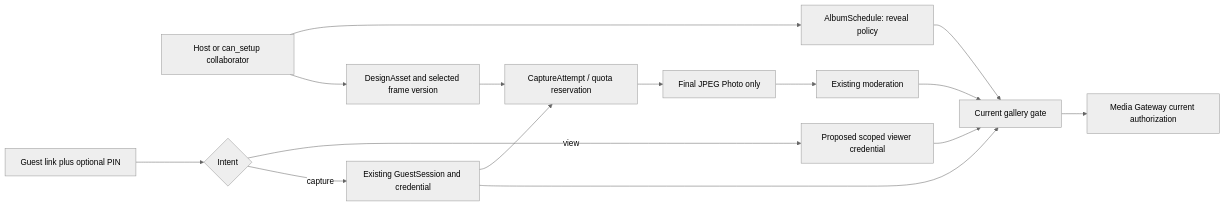
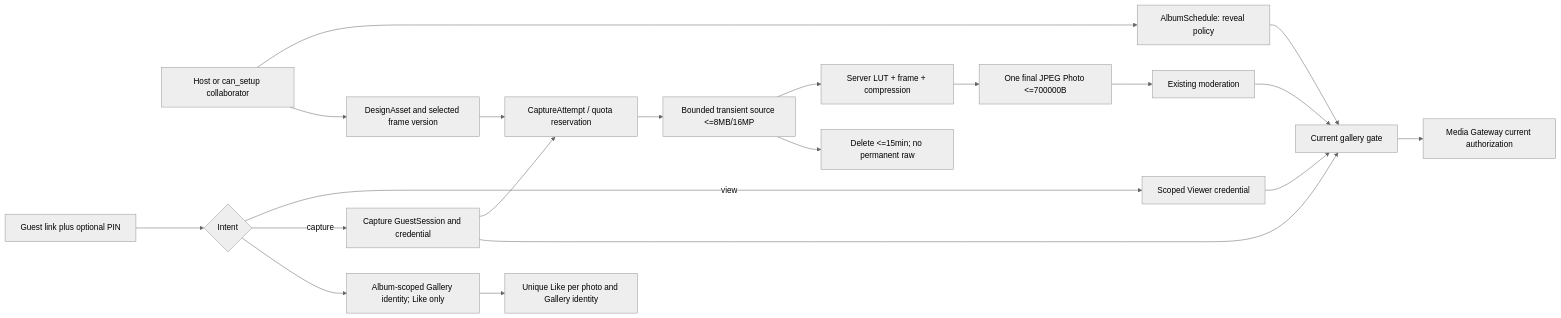
One commit to JAR-FIS/Kepotret changed the fifth of 5 diagrams in docs/reviews/FE-PRODUCT-V0-6/CHANGE_ADDENDUM.md. Above: the diagram before and after it, drawn with Mermaid (neutral theme). The commit also changed other lines of this file, not shown here.

````diff
--- a/docs/reviews/FE-PRODUCT-V0-6/CHANGE_ADDENDUM.md
+++ b/docs/reviews/FE-PRODUCT-V0-6/CHANGE_ADDENDUM.md
@@ -261,17 +372,22 @@
 ```mermaid
 flowchart LR
   Host[Host or can_setup collaborator] --> Schedule[AlbumSchedule: reveal policy]
   Host --> Design[DesignAsset and selected frame version]
   Link[Guest link plus optional PIN] --> Entry{Intent}
-  Entry -->|view| Viewer[Proposed scoped viewer credential]
-  Entry -->|capture| Guest[Existing GuestSession and credential]
+  Entry -->|view| Viewer[Scoped Viewer credential]
+  Entry -->|capture| Guest[Capture GuestSession and credential]
+  Entry --> Identity[Album-scoped Gallery identity; Like only]
   Guest --> Attempt[CaptureAttempt / quota reservation]
   Design --> Attempt
-  Attempt --> Photo[Final JPEG Photo only]
+  Attempt --> Temp[Bounded transient source <=8MB/16MP]
+  Temp --> Composer[Server LUT + frame + compression]
+  Temp --> Cleanup[Delete <=15min; no permanent raw]
+  Composer --> Photo[One final JPEG Photo <=700000B]
   Photo --> Moderation[Existing moderation]
   Schedule --> Gate[Current gallery gate]
   Moderation --> Gate
   Viewer --> Gate
   Guest --> Gate
+  Identity --> Like[Unique Like per photo and Gallery identity]
   Gate --> Gateway[Media Gateway current authorization]
 ```
````
